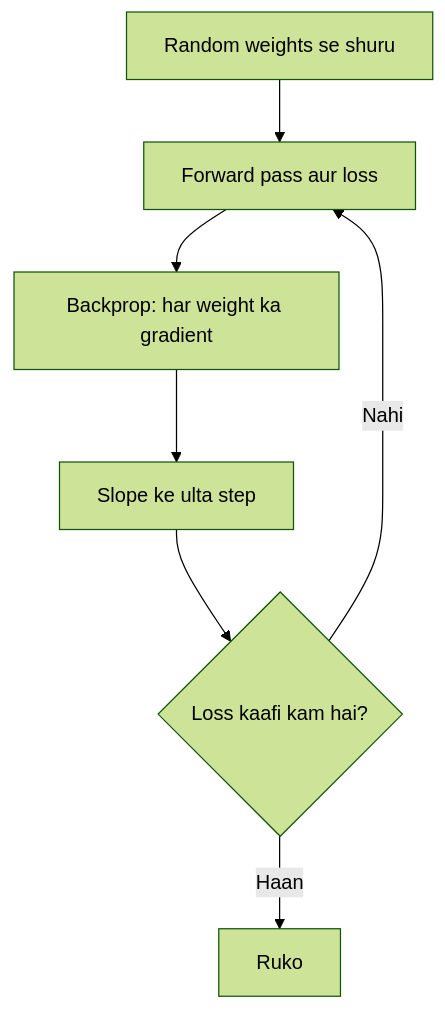
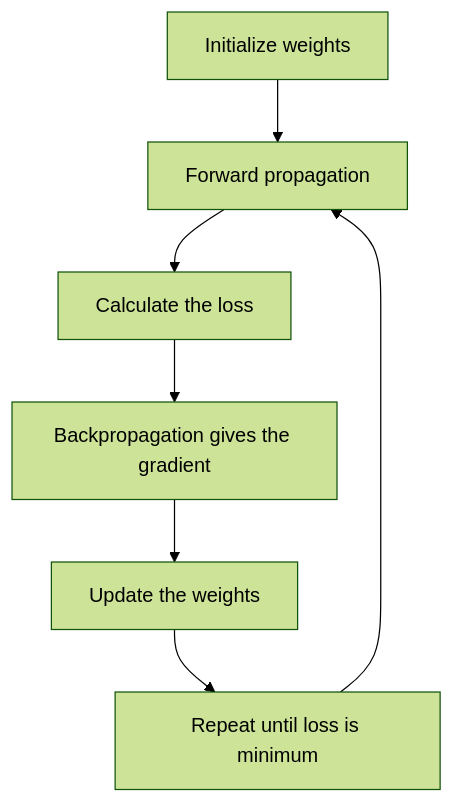
The diagram in content/deep-learning/pyq/2024-12/q1b.hi.mdx (TrendySloth1001/sem-seven-notes), drawn with Mermaid (forest theme) before and after one commit. The commit also changed other lines of this file and 254 other files, not shown here.

Commit message:
Rewrite the backpropagation, gradient descent, regularization and autoencoder notes and their 29 answers from the teachers' class files. They use 185 teacher figures with class-notes citations only, and correct the AdaGrad, RMSProp, Nesterov and batch-norm numbers on the slides.

````diff
--- a/content/deep-learning/pyq/2024-12/q1b.hi.mdx
+++ b/content/deep-learning/pyq/2024-12/q1b.hi.mdx
@@ -15,10 +11,10 @@
 ```mermaid
-%% caption: Gradient descent ek loop hai. Har pass weights ko thoda neeche (downhill) le jaata hai.
+%% caption: Gradient descent ka working flow. Har loop weights ko thoda neeche le jaata hai jab tak loss minimum na ho.
 flowchart TD
-  A["Random weights se shuru"] --> B["Forward pass aur loss"]
-  B --> C["Backprop: har weight ka gradient"]
-  C --> D["Slope ke ulta step"]
-  D --> E{"Loss kaafi kam hai?"}
-  E -- "Nahi" --> B
-  E -- "Haan" --> F["Ruko"]
+  A["Initialize weights"] --> B["Forward propagation"]
+  B --> C["Calculate the loss"]
+  C --> D["Backpropagation gives the gradient"]
+  D --> E["Update the weights"]
+  E --> F["Repeat until loss is minimum"]
+  F --> B
 ```
````
